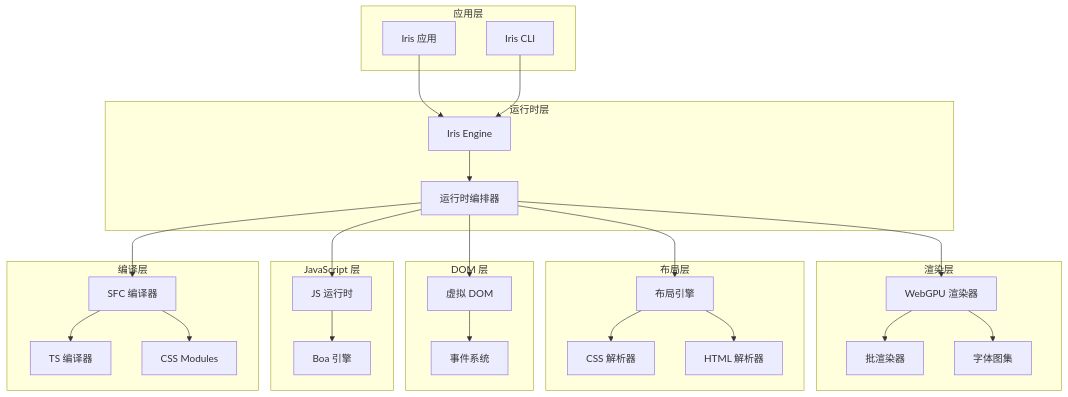
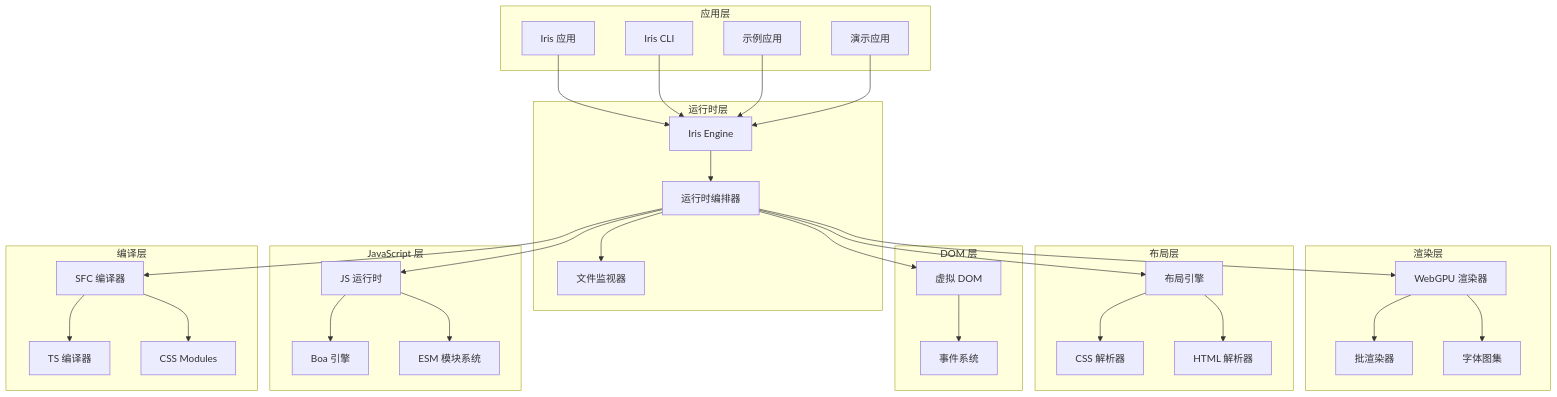
One commit to itszzl-sudo/iris changed the fifth of 9 diagrams in .qoder/repowiki/zh/content/核心功能特性/工程化与商业化能力/测试框架与基础设施/Iris Runtime CLI工具.md. Above: the diagram before and after it, drawn with Mermaid. The commit also changed other lines of this file and 8 other files, not shown here.

````diff
--- a/.qoder/repowiki/zh/content/核心功能特性/工程化与商业化能力/测试框架与基础设施/Iris Runtime CLI工具.md
+++ b/.qoder/repowiki/zh/content/核心功能特性/工程化与商业化能力/测试框架与基础设施/Iris Runtime CLI工具.md
@@ -212,50 +225,58 @@
 ```mermaid
 graph TB
 subgraph "应用层"
 App[Iris 应用]
 CLI[Iris CLI]
+Examples[示例应用]
+Demo[演示应用]
 end
 subgraph "运行时层"
 Engine[Iris Engine]
 Orchestrator[运行时编排器]
+FileWatcher[文件监视器]
 end
 subgraph "渲染层"
 GPU[WebGPU 渲染器]
 BatchRenderer[批渲染器]
 FontAtlas[字体图集]
 end
 subgraph "布局层"
 Layout[布局引擎]
 CSSParser[CSS 解析器]
 HTMLParser[HTML 解析器]
 end
 subgraph "DOM 层"
 VDOM[虚拟 DOM]
 EventSystem[事件系统]
 end
 subgraph "JavaScript 层"
 JSRuntime[JS 运行时]
 BoaEngine[Boa 引擎]
+ESM[ESM 模块系统]
 end
 subgraph "编译层"
 SFCCompiler[SFC 编译器]
 TSCompiler[TS 编译器]
 CSSModules[CSS Modules]
 end
 App --> Engine
 CLI --> Engine
+Examples --> Engine
+Demo --> Engine
 Engine --> Orchestrator
 Orchestrator --> GPU
 Orchestrator --> Layout
 Orchestrator --> VDOM
 Orchestrator --> JSRuntime
 Orchestrator --> SFCCompiler
+Orchestrator --> FileWatcher
 GPU --> BatchRenderer
 GPU --> FontAtlas
 Layout --> CSSParser
 Layout --> HTMLParser
 VDOM --> EventSystem
 JSRuntime --> BoaEngine
+JSRuntime --> ESM
 SFCCompiler --> TSCompiler
 SFCCompiler --> CSSModules
 ```
````
